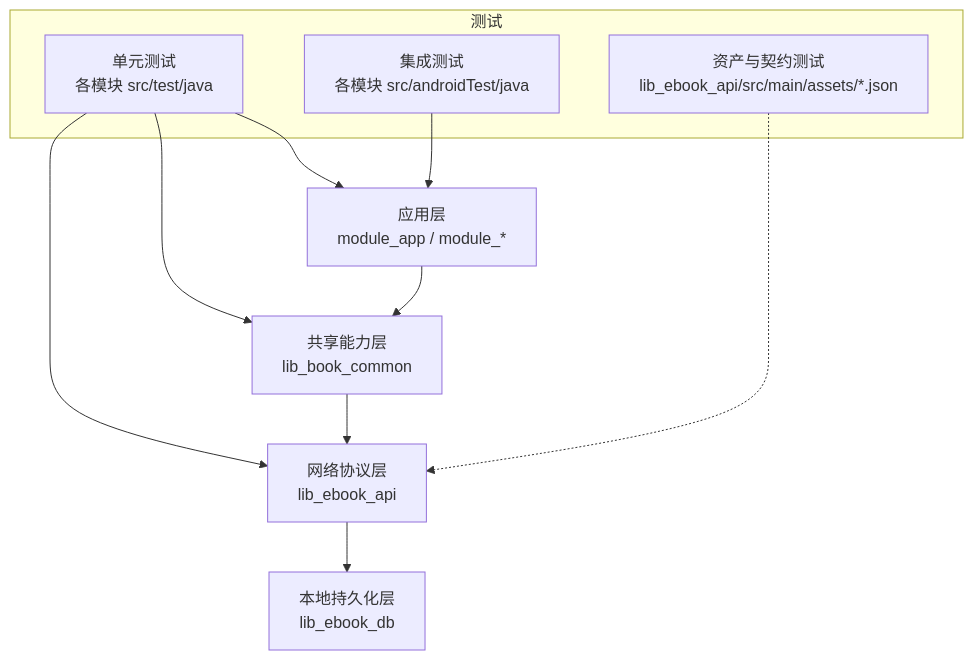
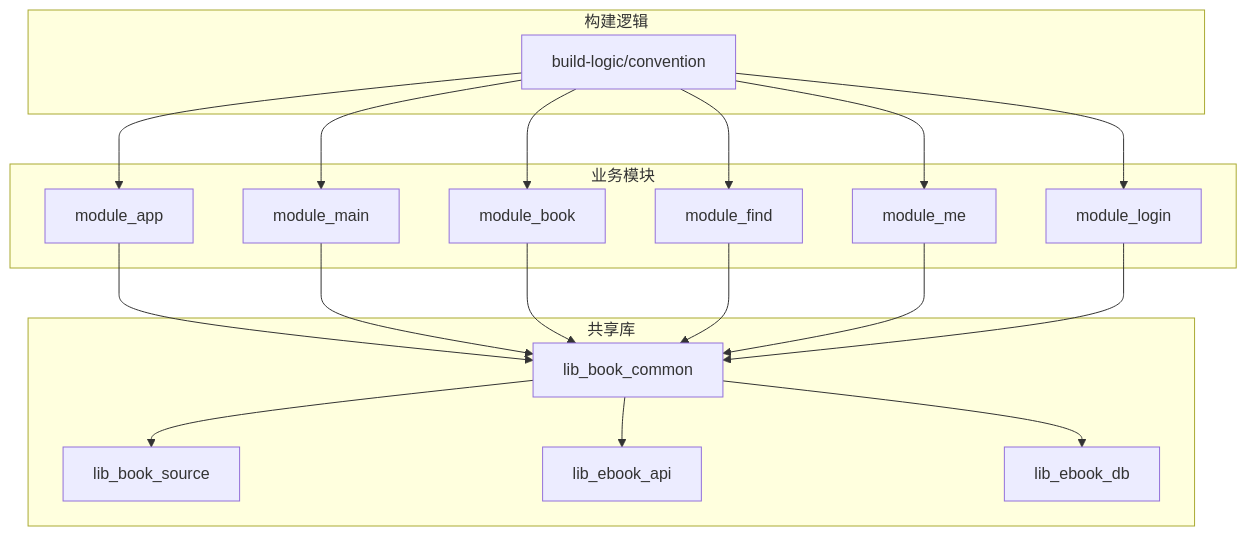
The first of 3 diagrams in .qoder/repowiki/zh/content/测试策略/测试策略.md (xrn1997/android-ebook), drawn with Mermaid before and after one commit. The commit also changed other lines of this file and 544 other files, not shown here.

````diff
--- a/.qoder/repowiki/zh/content/测试策略/测试策略.md
+++ b/.qoder/repowiki/zh/content/测试策略/测试策略.md
@@ -56,16 +35,36 @@
 ```mermaid
 graph TB
-    A["应用层<br/>module_app / module_*"] --> B["共享能力层<br/>lib_book_common"]
-    B --> C["网络协议层<br/>lib_ebook_api"]
-    C --> D["本地持久化层<br/>lib_ebook_db"]
-    subgraph "测试"
-        T1["单元测试<br/>各模块 src/test/java"]
-        T2["集成测试<br/>各模块 src/androidTest/java"]
-        A1["资产与契约测试<br/>lib_ebook_api/src/main/assets/*.json"]
+    subgraph "业务模块"
+        A["module_app"]
+        B["module_main"]
+        C["module_book"]
+        D["module_find"]
+        E["module_me"]
+        F["module_login"]
     end
-    T1 --> A
-    T1 --> B
-    T1 --> C
-    T2 --> A
-    A1 -.-> C
+    subgraph "共享库"
+        G["lib_book_common"]
+        H["lib_book_source"]
+        I["lib_ebook_api"]
+        J["lib_ebook_db"]
+    end
+    subgraph "构建逻辑"
+        K["build-logic/convention"]
+    end
+
+    A --> G
+    B --> G
+    C --> G
+    D --> G
+    E --> G
+    F --> G
+    G --> H
+    G --> I
+    G --> J
+    K --> A
+    K --> B
+    K --> C
+    K --> D
+    K --> E
+    K --> F
 ```
````
